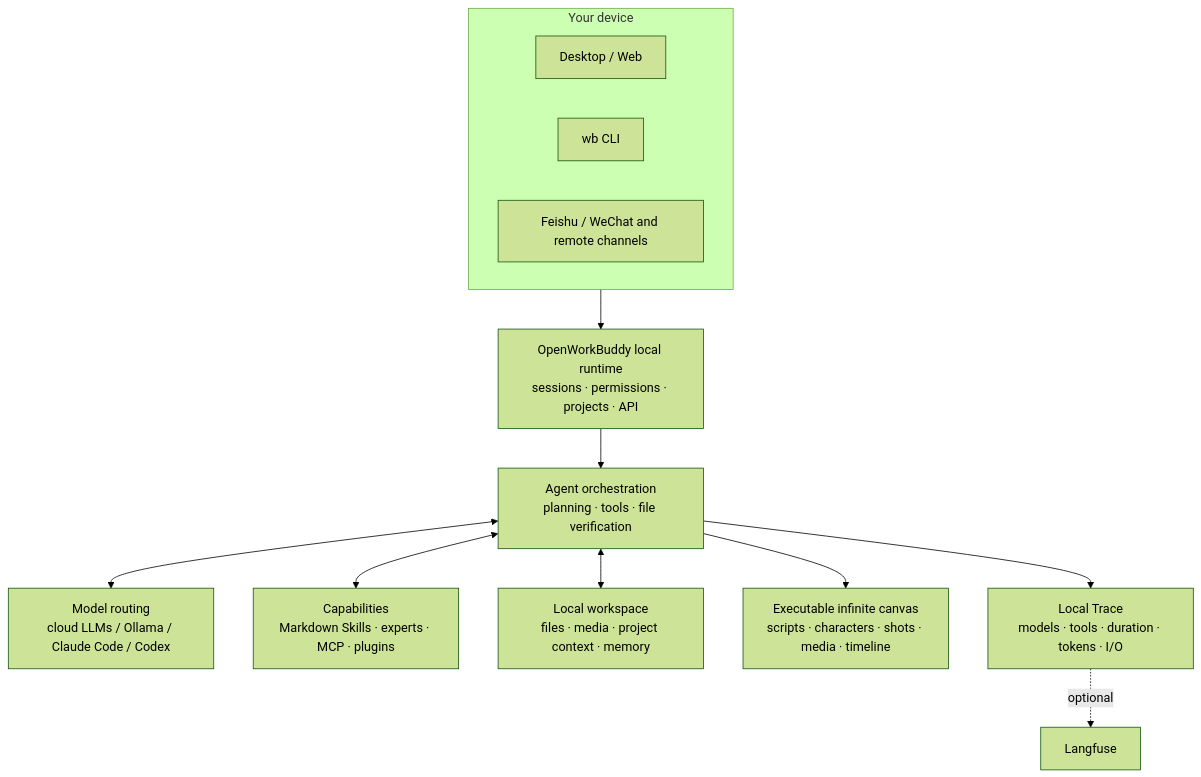
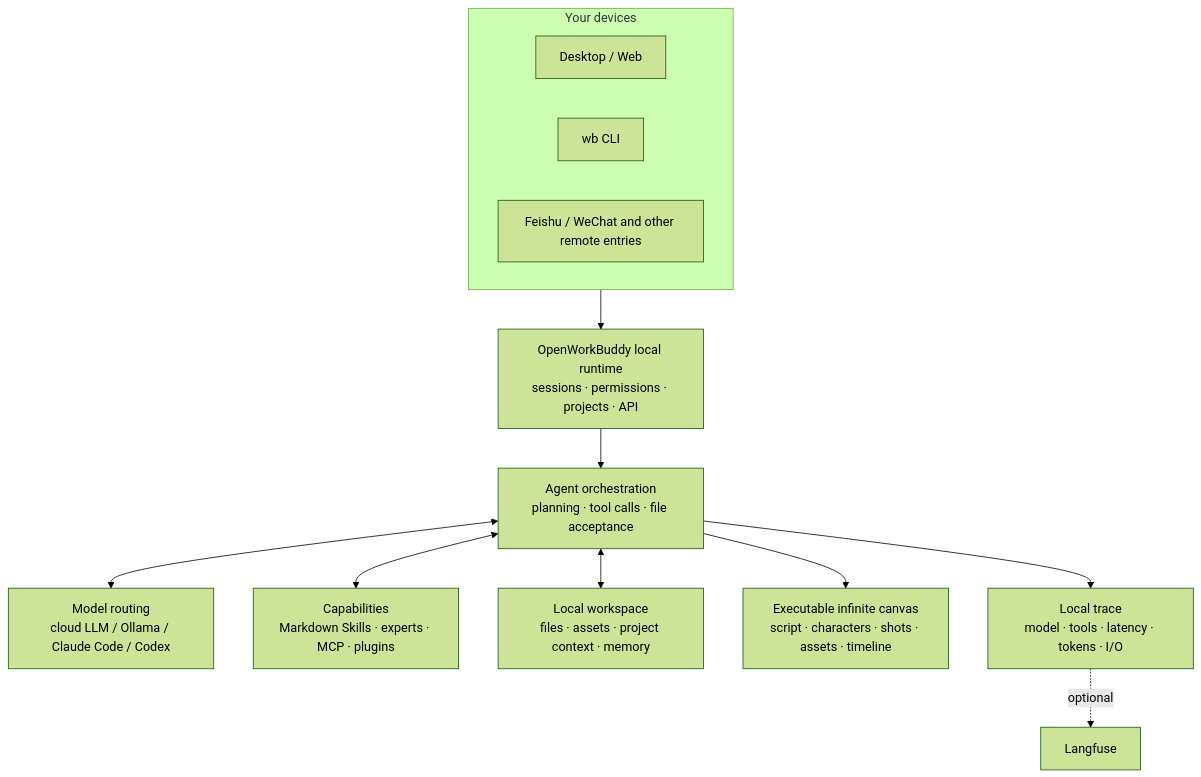
The diagram in README.en.md (CatCatUncle/openworkbuddy), drawn with Mermaid (forest theme) before and after one commit. The commit also changed other lines of this file and 9 other files, not shown here.

````diff
--- a/README.en.md
+++ b/README.en.md
@@ -97,17 +213,17 @@
 ```mermaid
 flowchart TB
-  subgraph Entry["Your device"]
+  subgraph Entry["Your devices"]
     Desktop["Desktop / Web"]
     CLI["wb CLI"]
-    IM["Feishu / WeChat and remote channels"]
+    IM["Feishu / WeChat and other remote entries"]
   end
 
   Entry --> Runtime["OpenWorkBuddy local runtime\nsessions · permissions · projects · API"]
-  Runtime --> Agent["Agent orchestration\nplanning · tools · file verification"]
-  Agent <--> Models["Model routing\ncloud LLMs / Ollama / Claude Code / Codex"]
+  Runtime --> Agent["Agent orchestration\nplanning · tool calls · file acceptance"]
+  Agent <--> Models["Model routing\ncloud LLM / Ollama / Claude Code / Codex"]
   Agent <--> Capabilities["Capabilities\nMarkdown Skills · experts · MCP · plugins"]
-  Agent <--> Workspace["Local workspace\nfiles · media · project context · memory"]
-  Agent --> Canvas["Executable infinite canvas\nscripts · characters · shots · media · timeline"]
-  Agent --> Trace["Local Trace\nmodels · tools · duration · tokens · I/O"]
+  Agent <--> Workspace["Local workspace\nfiles · assets · project context · memory"]
+  Agent --> Canvas["Executable infinite canvas\nscript · characters · shots · assets · timeline"]
+  Agent --> Trace["Local trace\nmodel · tools · latency · tokens · I/O"]
   Trace -. optional .-> Langfuse["Langfuse"]
 ```
````
